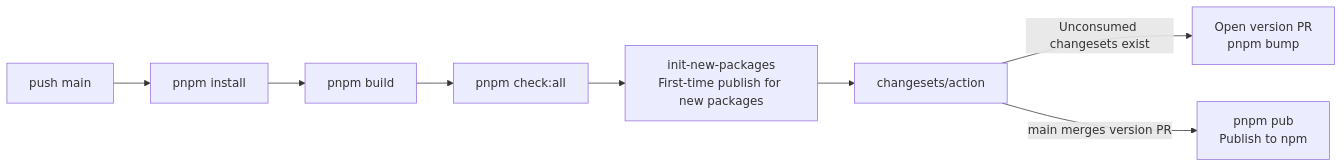
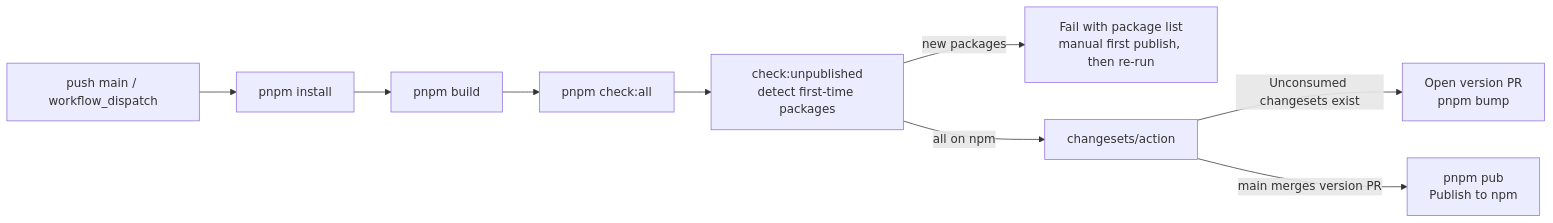
The diagram in docs/en/contributing/development.md (zhinjs/zhin), drawn with Mermaid before and after one commit. The commit also changed other lines of this file and 16 other files, not shown here.

Commit message:
chore: update CI workflows to use NPM_TOKEN from secrets, remove init-new-packages script, and enhance documentation for ICQQ adapter installation

````diff
--- a/docs/en/contributing/development.md
+++ b/docs/en/contributing/development.md
@@ -138,9 +138,10 @@
 ```mermaid
 flowchart LR
-  push["push main"] --> install["pnpm install"] --> build["pnpm build"]
+  trigger["push main / workflow_dispatch"] --> install["pnpm install"] --> build["pnpm build"]
   build --> harness["pnpm check:all"]
-  harness --> init["init-new-packages<br/>First-time publish for new packages"]
-  init --> action["changesets/action"]
+  harness --> gate["check:unpublished<br/>detect first-time packages"]
+  gate -->|"new packages"| stop["Fail with package list<br/>manual first publish, then re-run"]
+  gate -->|"all on npm"| action["changesets/action"]
   action -->|"Unconsumed changesets exist"| pr["Open version PR<br/>pnpm bump"]
   action -->|"main merges version PR"| pub["pnpm pub<br/>Publish to npm"]
 ```
````
